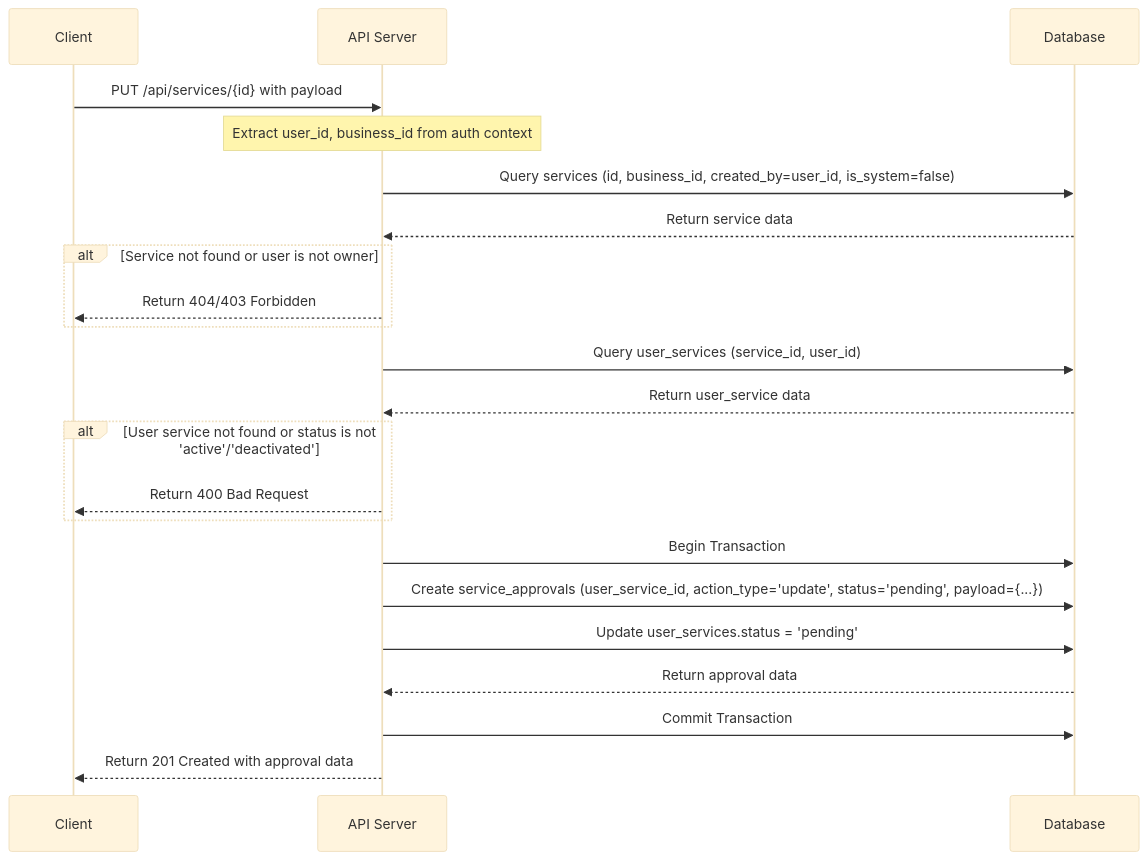
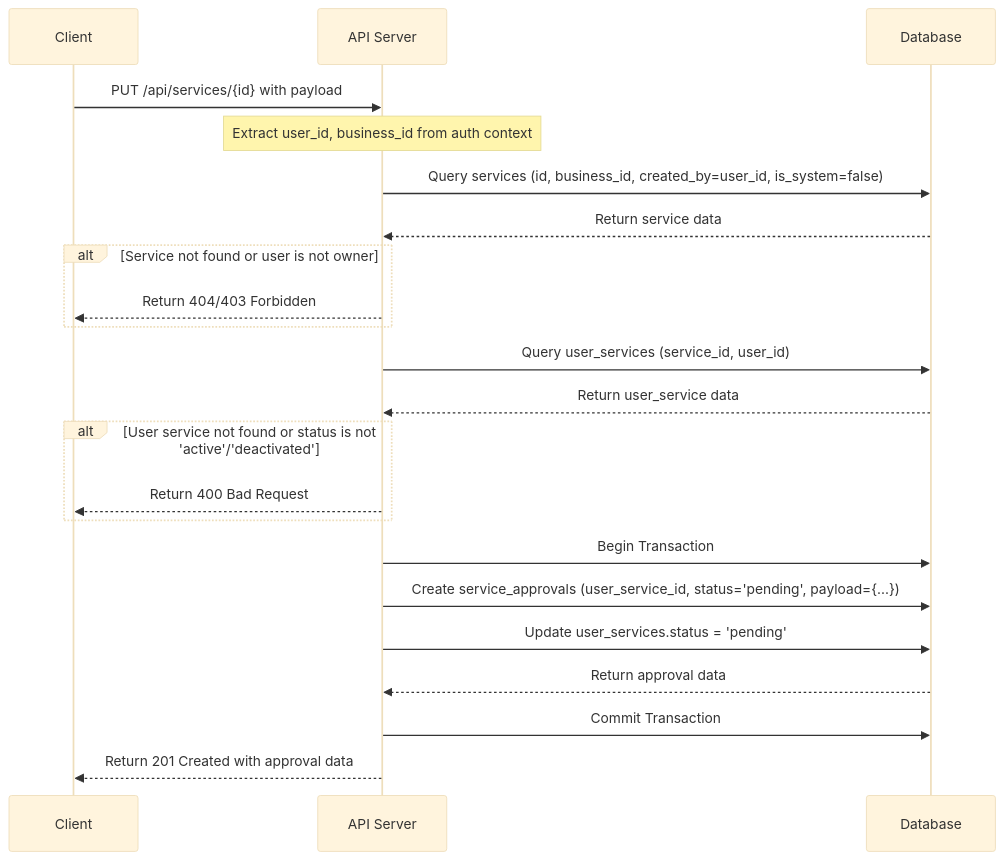
One commit to NguyenNgocHongHan/MINHTHUShop changed the eighth of 9 diagrams in notifications.md. Above: the diagram before and after it, drawn with Mermaid (base theme). The commit also changed other lines of this file, not shown here.

````diff
--- a/notifications.md
+++ b/notifications.md
@@ -481,29 +584,29 @@
 ```mermaid
 sequenceDiagram
     participant Client
     participant API as API Server
     participant DB as Database
 
     Client->>API: PUT /api/services/{id} with payload
     Note over API: Extract user_id, business_id from auth context
 
     API->>DB: Query services (id, business_id, created_by=user_id, is_system=false)
     DB-->>API: Return service data
     alt Service not found or user is not owner
         API-->>Client: Return 404/403 Forbidden
     end
 
     API->>DB: Query user_services (service_id, user_id)
     DB-->>API: Return user_service data
     alt User service not found or status is not 'active'/'deactivated'
         API-->>Client: Return 400 Bad Request
     end
 
     API->>DB: Begin Transaction
-    API->>DB: Create service_approvals (user_service_id, action_type='update', status='pending', payload={...})
+    API->>DB: Create service_approvals (user_service_id, status='pending', payload={...})
     API->>DB: Update user_services.status = 'pending'
     DB-->>API: Return approval data
     API->>DB: Commit Transaction
 
     API-->>Client: Return 201 Created with approval data
 ```
````
